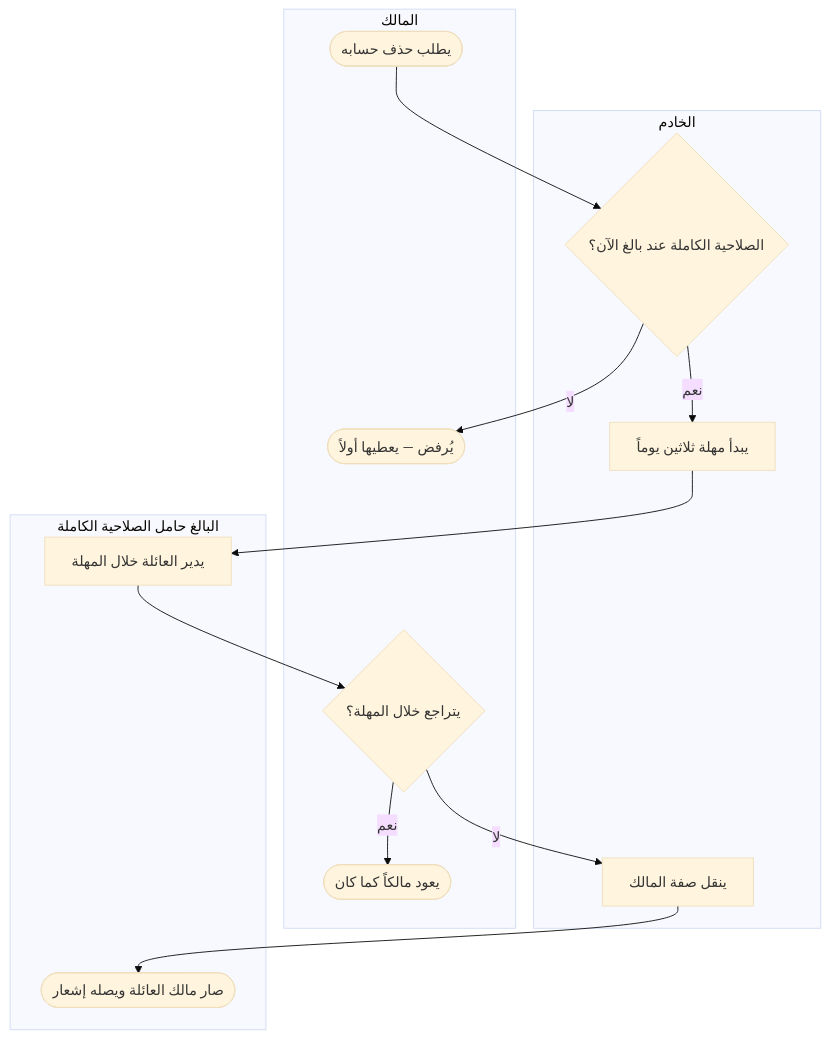
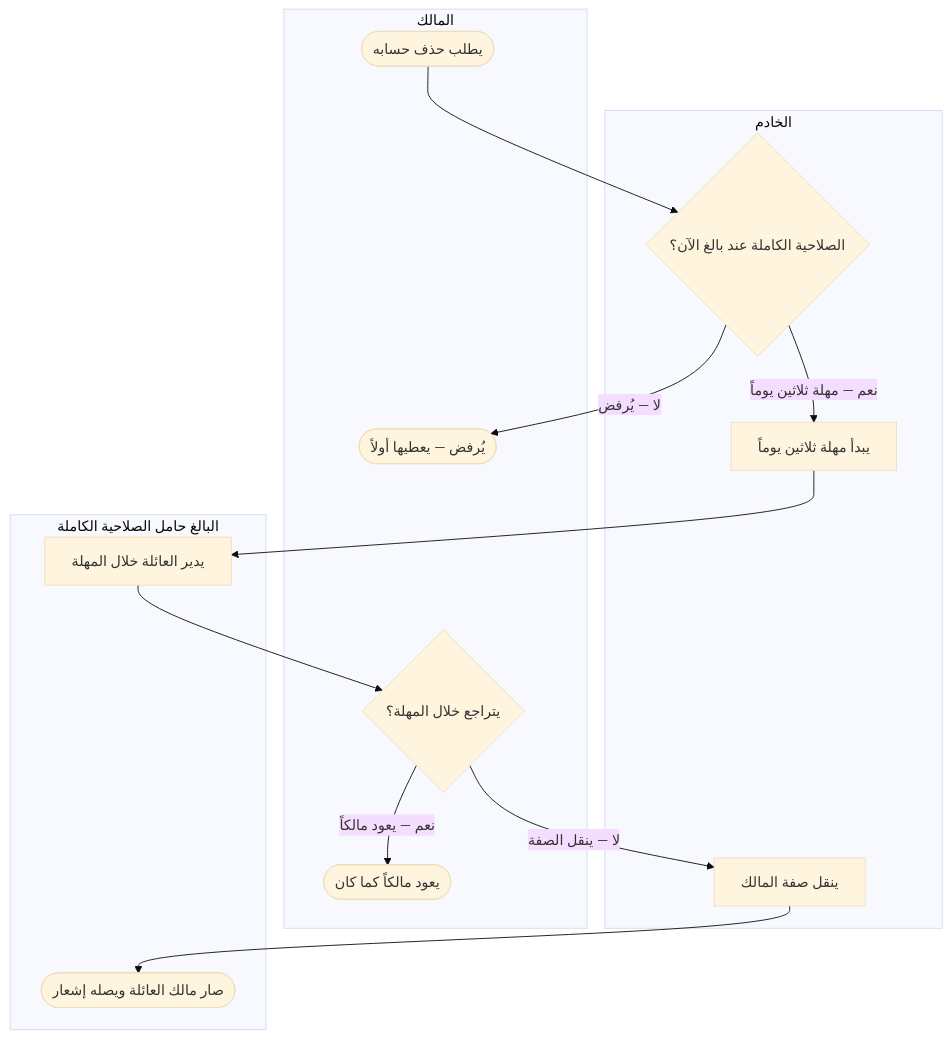
Diagram 38 of 40 in docs/family-os/governance/phases/phase-1/S1-03-family-roles-and-permissions/DIAGRAMS.md (Bassam-mohammed-alqaeadi/family-os-v2), drawn with Mermaid (base theme) before and after one commit. The commit also changed other lines of this file, not shown here.

Commit message:
إصلاح S1-03 (فحص GitHub بعد الشكل 2) — §4-د/4-هـ/4-و و§6: توسيع تسميات «نعم/لا» + فروع «لا» في 6-هـ وتقسيمها إلى لوحتين

````diff
--- a/docs/family-os/governance/phases/phase-1/S1-03-family-roles-and-permissions/DIAGRAMS.md
+++ b/docs/family-os/governance/phases/phase-1/S1-03-family-roles-and-permissions/DIAGRAMS.md
@@ -1385,26 +1397,26 @@
 ```mermaid
 flowchart TD
     subgraph LO [المالك]
         O1([يطلب حذف حسابه])
         O2([يُرفض — يعطيها أولاً])
         O3{يتراجع خلال المهلة؟}
         O4([يعود مالكاً كما كان])
     end
     subgraph LS [الخادم]
         S1{الصلاحية الكاملة عند بالغ الآن؟}
         S2[يبدأ مهلة ثلاثين يوماً]
         S3[ينقل صفة المالك]
     end
     subgraph LH [البالغ حامل الصلاحية الكاملة]
         H1[يدير العائلة خلال المهلة]
         H2([صار مالك العائلة ويصله إشعار])
     end
     O1 --> S1
-    S1 -->|لا| O2
-    S1 -->|نعم| S2
+    S1 -->|لا — يُرفض| O2
+    S1 -->|نعم — مهلة ثلاثين يوماً| S2
     S2 --> H1
     H1 --> O3
-    O3 -->|نعم| O4
-    O3 -->|لا| S3
+    O3 -->|نعم — يعود مالكاً| O4
+    O3 -->|لا — ينقل الصفة| S3
     S3 --> H2
 ```
````
